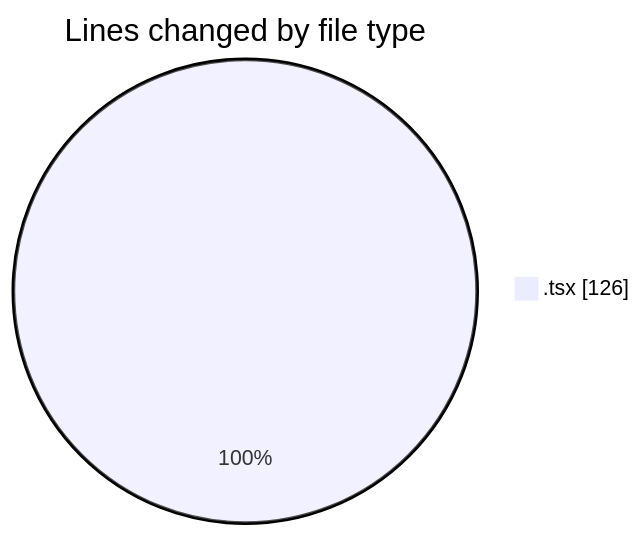
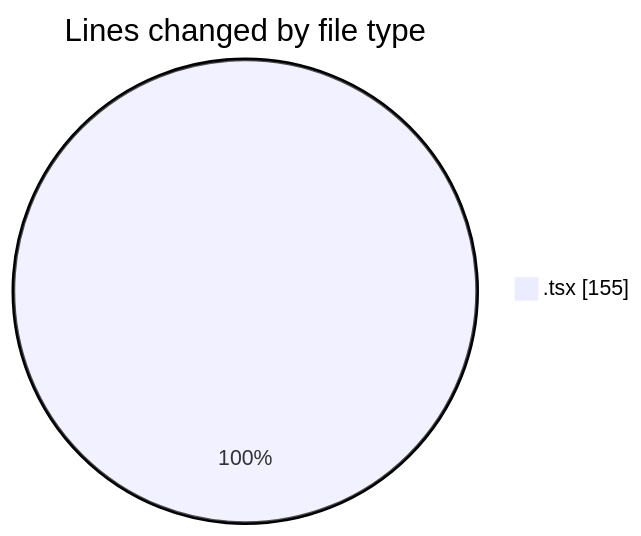
One commit to ecomensa/code-tracking changed the first of 2 diagrams in 2025-03-09/ui/README.md. Above: the diagram before and after it, drawn with Mermaid. The commit also changed other lines of this file and 2 other files, not shown here.

````diff
--- a/2025-03-09/ui/README.md
+++ b/2025-03-09/ui/README.md
@@ -20,5 +21,5 @@
 ```mermaid
 pie showData
 title Lines changed by file type
-".tsx" : 126
+".tsx" : 155
 ```
````
